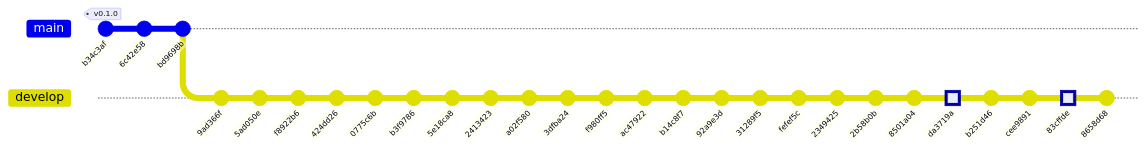
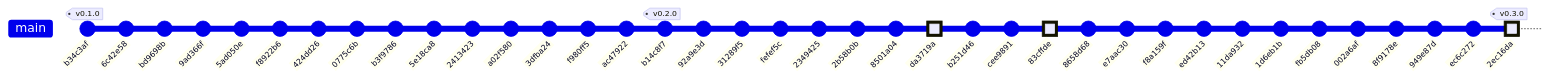
One commit to jeremialcala/ves-market-watch changed the diagram in docs/03-implementation/repo-history.md. Above: the diagram before and after it, drawn with Mermaid. The commit also changed other lines of this file, not shown here.

````diff
--- a/docs/03-implementation/repo-history.md
+++ b/docs/03-implementation/repo-history.md
@@ -11,31 +11,42 @@
 ```mermaid
 gitGraph
     commit id: "b34c3af" tag: "v0.1.0"
     commit id: "6c42e58"
     commit id: "bd9698b"
-    branch develop
     commit id: "9ad366f"
     commit id: "5ad050e"
     commit id: "f8922b6"
     commit id: "424dd26"
     commit id: "0775c6b"
     commit id: "b3f9786"
     commit id: "5e18ca8"
     commit id: "2413423"
     commit id: "a02f580"
     commit id: "3dfba24"
     commit id: "f980ff5"
     commit id: "ac47922"
-    commit id: "b14c8f7"
+    commit id: "b14c8f7" tag: "v0.2.0"
     commit id: "92a9e3d"
     commit id: "31289f5"
     commit id: "fefef5c"
     commit id: "2349425"
     commit id: "2b58b0b"
     commit id: "8501a04"
     commit id: "da3719a" type: HIGHLIGHT
     commit id: "b251d46"
     commit id: "cee9891"
     commit id: "83cffde" type: HIGHLIGHT
     commit id: "8658d68"
+    commit id: "e7aac30"
+    commit id: "f8a159f"
+    commit id: "ed42b13"
+    commit id: "11da932"
+    commit id: "1d6eb1b"
+    commit id: "fb5db08"
+    commit id: "002a6af"
+    commit id: "8f9178e"
+    commit id: "949e87d"
+    commit id: "ec6c272"
+    commit id: "2ec16da" tag: "v0.3.0" type: HIGHLIGHT
+    %% rama develop: sin commits propios o fork fuera del mapa
 ```
````
